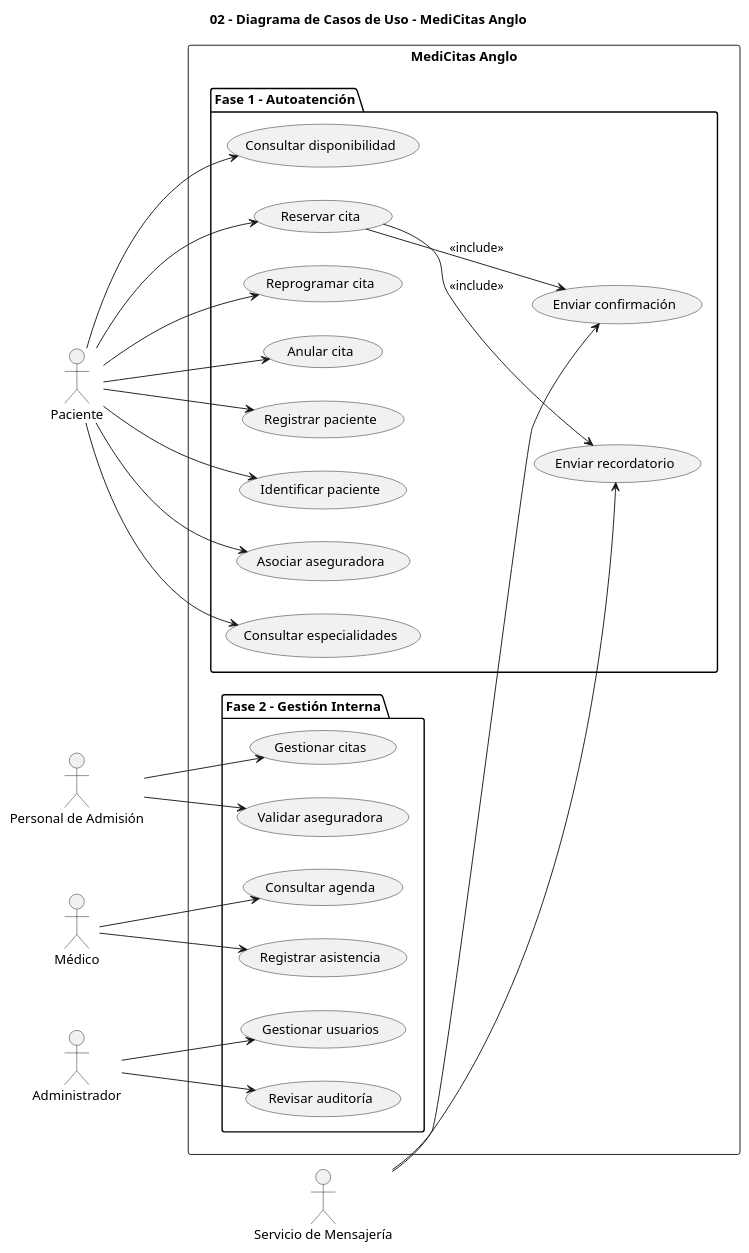
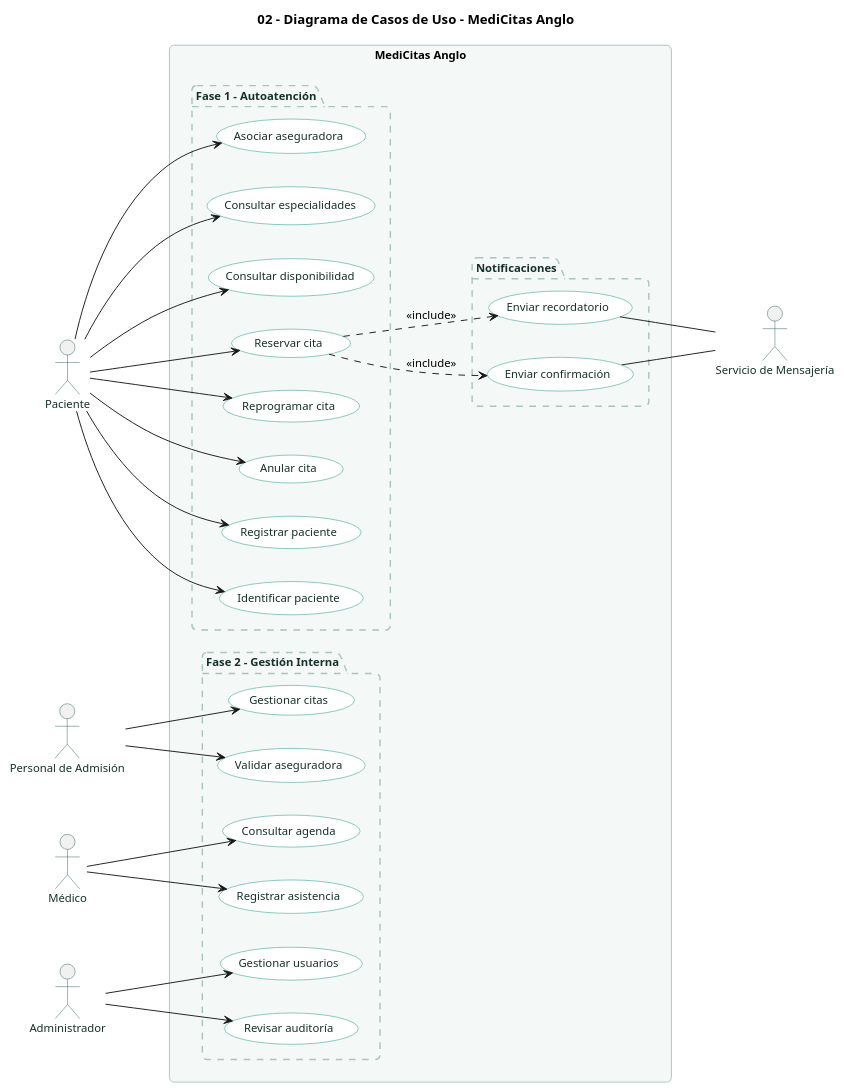
Before and after one commit to Jimena-CC/ProyectoCitasMedicas: the diagram in docs/diagrams/02-use-case-diagram.puml, drawn with PlantUML. The commit also changed 20 other files, not shown here.

```diff
--- a/docs/diagrams/02-use-case-diagram.puml
+++ b/docs/diagrams/02-use-case-diagram.puml
@@ -1,64 +1,87 @@
 @startuml
 title 02 - Diagrama de Casos de Uso - MediCitas Anglo
 
 left to right direction
 
-actor Paciente
-actor "Servicio de Mensajería" as Mensajeria
+skinparam shadowing false
+skinparam roundCorner 10
+skinparam defaultFontName "Helvetica"
+skinparam defaultFontSize 12
 
-actor "Personal de Admisión" as Admision
-actor Médico
-actor Administrador
+skinparam actor {
+  BorderColor #2F5D56
+  FontColor #17302B
+}
+
+skinparam usecase {
+  BackgroundColor #FFFFFF
+  BorderColor #13917D
+  FontColor #17302B
+}
+
+skinparam package {
+  BackgroundColor #F4F8F7
+  BorderColor #A9C4BD
+  FontColor #17302B
+  BorderStyle dashed
+}
 
 rectangle "MediCitas Anglo" {
 
   package "Fase 1 - Autoatención" {
-
     usecase "Registrar paciente" as UC01
     usecase "Identificar paciente" as UC02
     usecase "Asociar aseguradora" as UC03
     usecase "Consultar especialidades" as UC04
     usecase "Consultar disponibilidad" as UC05
     usecase "Reservar cita" as UC06
     usecase "Reprogramar cita" as UC07
     usecase "Anular cita" as UC08
-    usecase "Enviar confirmación" as UC09
-    usecase "Enviar recordatorio" as UC10
   }
 
   package "Fase 2 - Gestión Interna" {
-
     usecase "Gestionar citas" as UC11
     usecase "Validar aseguradora" as UC12
     usecase "Consultar agenda" as UC13
     usecase "Registrar asistencia" as UC14
     usecase "Gestionar usuarios" as UC15
     usecase "Revisar auditoría" as UC16
   }
+
+  package "Notificaciones" {
+    usecase "Enviar confirmación" as UC09
+    usecase "Enviar recordatorio" as UC10
+  }
 }
+
+actor Paciente
+actor "Personal de Admisión" as Admision
+actor Médico
+actor Administrador
+actor "Servicio de Mensajería" as Mensajeria
 
 Paciente --> UC01
 Paciente --> UC02
 Paciente --> UC03
 Paciente --> UC04
 Paciente --> UC05
 Paciente --> UC06
 Paciente --> UC07
 Paciente --> UC08
 
-UC06 --> UC09 : <<include>>
-UC06 --> UC10 : <<include>>
-
-Mensajeria --> UC09
-Mensajeria --> UC10
+UC06 ..> UC09 : <<include>>
+UC06 ..> UC10 : <<include>>
 
 Admision --> UC11
 Admision --> UC12
 
 Médico --> UC13
 Médico --> UC14
 
 Administrador --> UC15
 Administrador --> UC16
 
+UC09 -- Mensajeria
+UC10 -- Mensajeria
+
 @enduml
```
